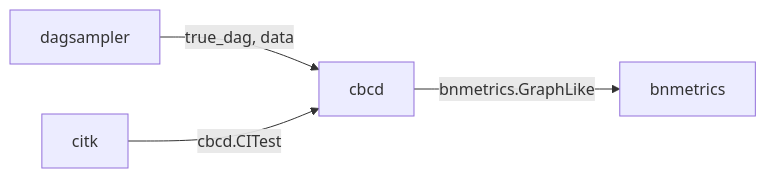
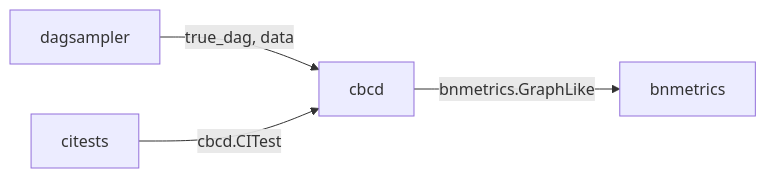
One commit to averinpa/constraint-based-causal-discovery-suite changed the diagram in README.md. Above: the diagram before and after it, drawn with Mermaid. The commit also changed other lines of this file and 164 other files, not shown here.

````diff
--- a/README.md
+++ b/README.md
@@ -29,6 +29,6 @@
 ```mermaid
 flowchart LR
     dagsampler -- "true_dag, data" --> cbcd
-    citk -- "cbcd.CITest" --> cbcd
+    citests -- "cbcd.CITest" --> cbcd
     cbcd -- "bnmetrics.GraphLike" --> bnmetrics
 ```
````
